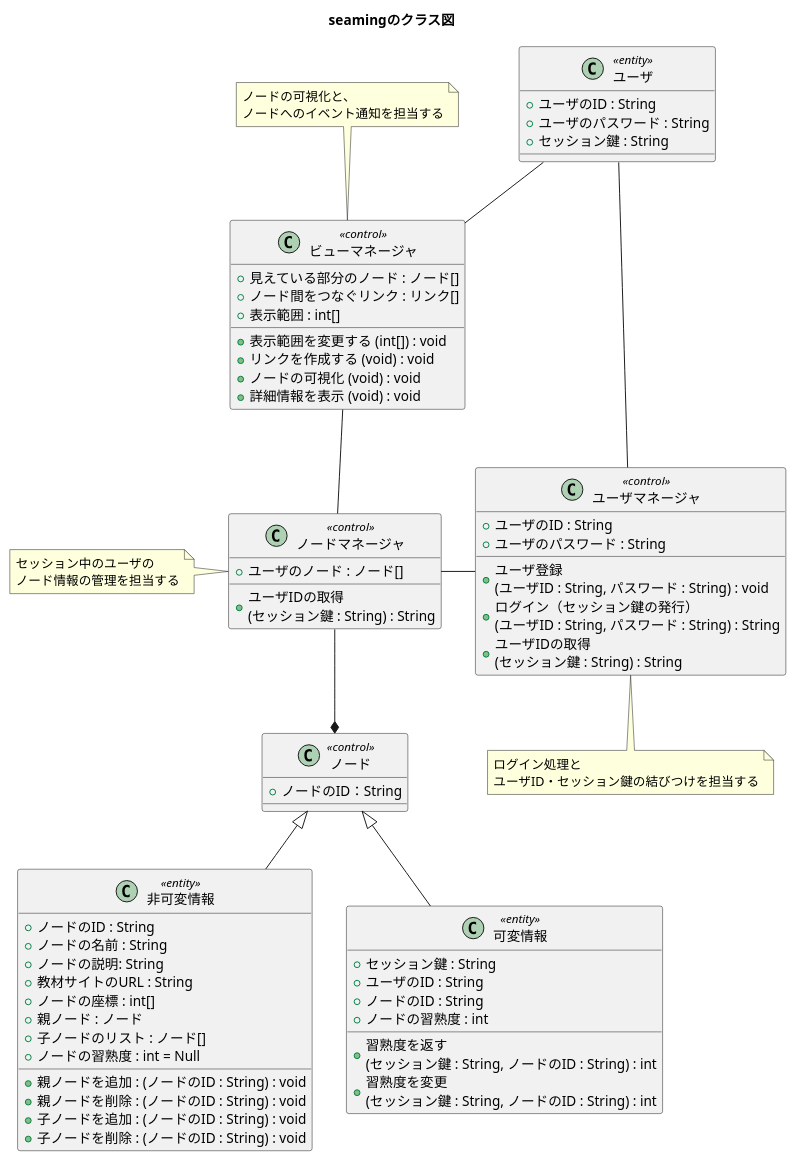
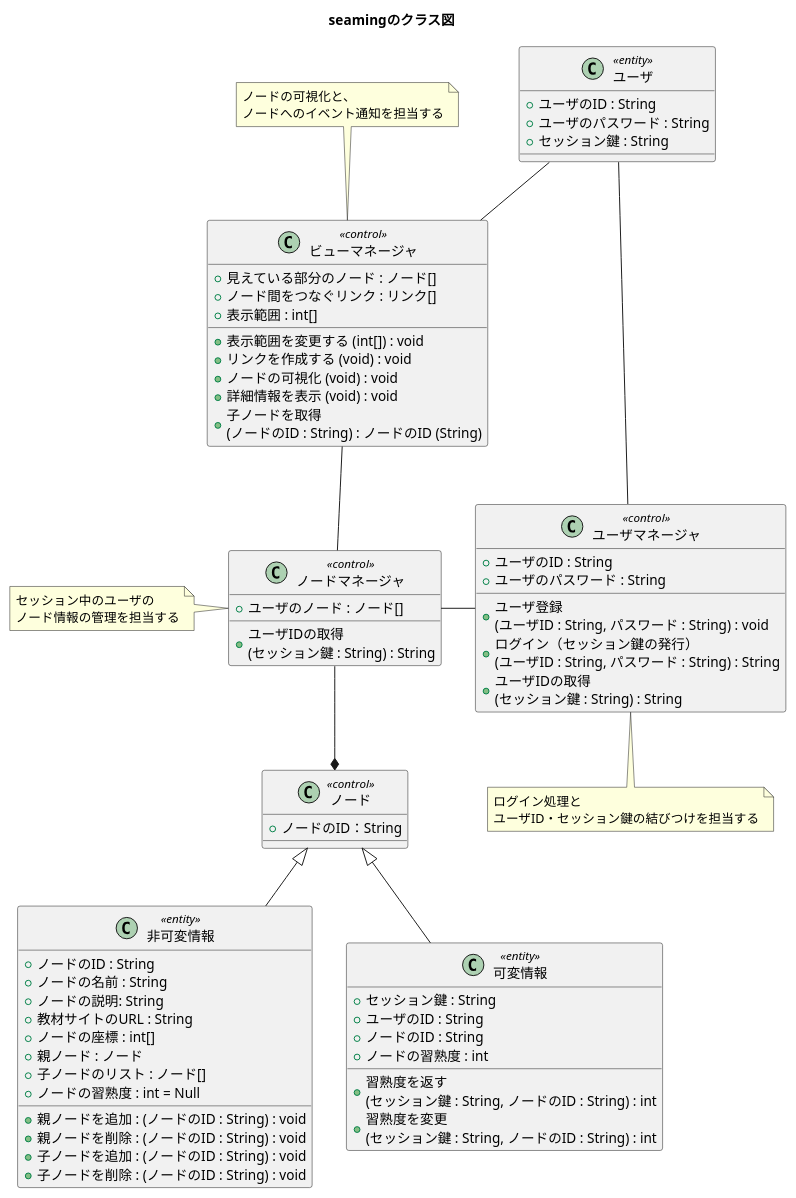
Before and after one commit to PastaSoba/seaming: the diagram in docs/UML/class.pu, drawn with PlantUML.

Commit message:
子ノードの取得を明記

```diff
--- a/docs/UML/class.pu
+++ b/docs/UML/class.pu
@@ -1,76 +1,77 @@
 @startuml
 title seamingのクラス図
 
 class ビューマネージャ << control >> {
     + 見えている部分のノード : ノード[]
     + ノード間をつなぐリンク : リンク[]
     + 表示範囲 : int[]
     + 表示範囲を変更する (int[]) : void
     + リンクを作成する (void) : void
     + ノードの可視化 (void) : void
     + 詳細情報を表示 (void) : void
+    + 子ノードを取得\n(ノードのID : String) : ノードのID (String)
 }
 
 class ノードマネージャ << control >> {
     + ユーザのノード : ノード[]
     + ユーザIDの取得\n(セッション鍵 : String) : String
 }
 
 class 非可変情報 << entity >> {
     + ノードのID : String
     + ノードの名前 : String
     + ノードの説明: String
     + 教材サイトのURL : String
     + ノードの座標 : int[]
     + 親ノード : ノード
     + 子ノードのリスト : ノード[]
     + ノードの習熟度 : int = Null
     + 親ノードを追加 : (ノードのID : String) : void
     + 親ノードを削除 : (ノードのID : String) : void
     + 子ノードを追加 : (ノードのID : String) : void
     + 子ノードを削除 : (ノードのID : String) : void
 }
 
 class 可変情報 << entity >> {
     + セッション鍵 : String
     + ユーザのID : String
     + ノードのID : String
     + ノードの習熟度 : int 
 
     + 習熟度を返す\n(セッション鍵 : String, ノードのID : String) : int
     + 習熟度を変更\n(セッション鍵 : String, ノードのID : String) : int
 }
 
 class ノード << control >> {
     + ノードのID：String
 }
 
 
 class ユーザ << entity >> {
     + ユーザのID : String
     + ユーザのパスワード : String
     + セッション鍵 : String
 }
 
 class ユーザマネージャ << control >> {
     + ユーザのID : String
     + ユーザのパスワード : String
     + ユーザ登録\n(ユーザID : String, パスワード : String) : void
     + ログイン（セッション鍵の発行）\n(ユーザID : String, パスワード : String) : String
     + ユーザIDの取得\n(セッション鍵 : String) : String
 }
 
 Note bottom of ユーザマネージャ : ログイン処理と\nユーザID・セッション鍵の結びつけを担当する
 
 Note top of ビューマネージャ : ノードの可視化と、\nノードへのイベント通知を担当する
 
 Note left of ノードマネージャ : セッション中のユーザの\nノード情報の管理を担当する
 
 ユーザ -down- ビューマネージャ
 ユーザ -down- ユーザマネージャ
 ビューマネージャ -- ノードマネージャ
 ノードマネージャ -right- ユーザマネージャ
 ノードマネージャ --* ノード
 非可変情報 -up-|> ノード
 可変情報 -up-|> ノード
 @enduml
```
